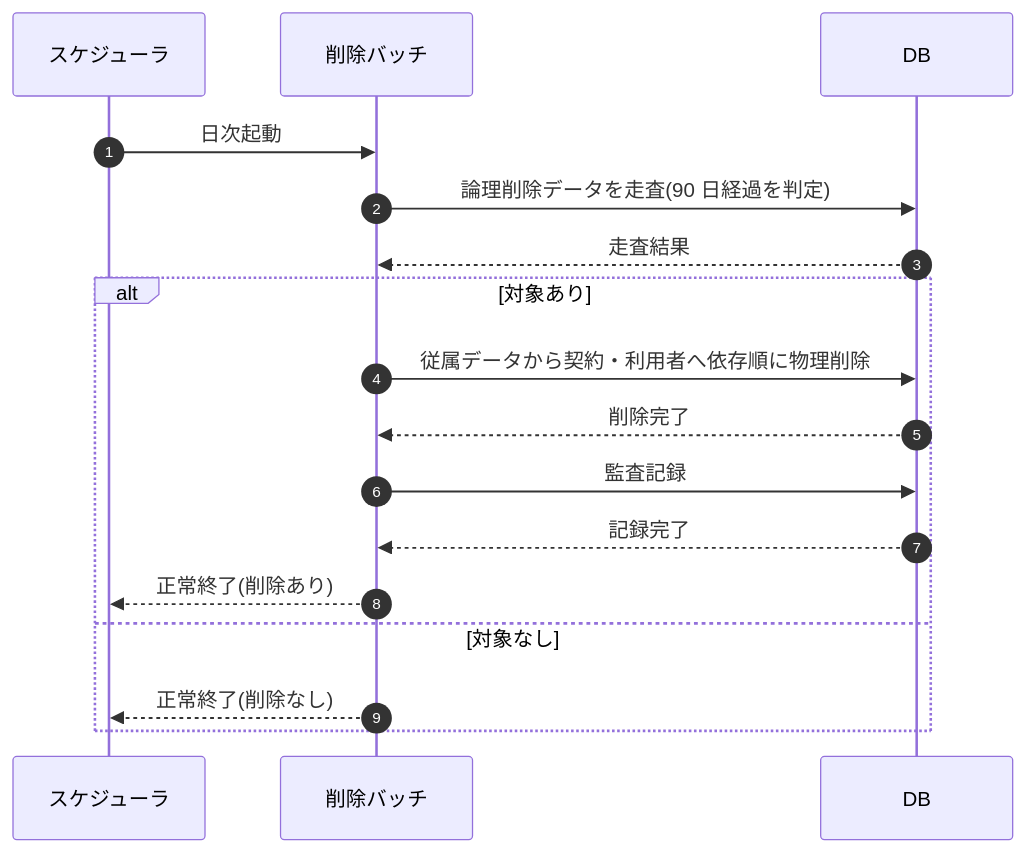
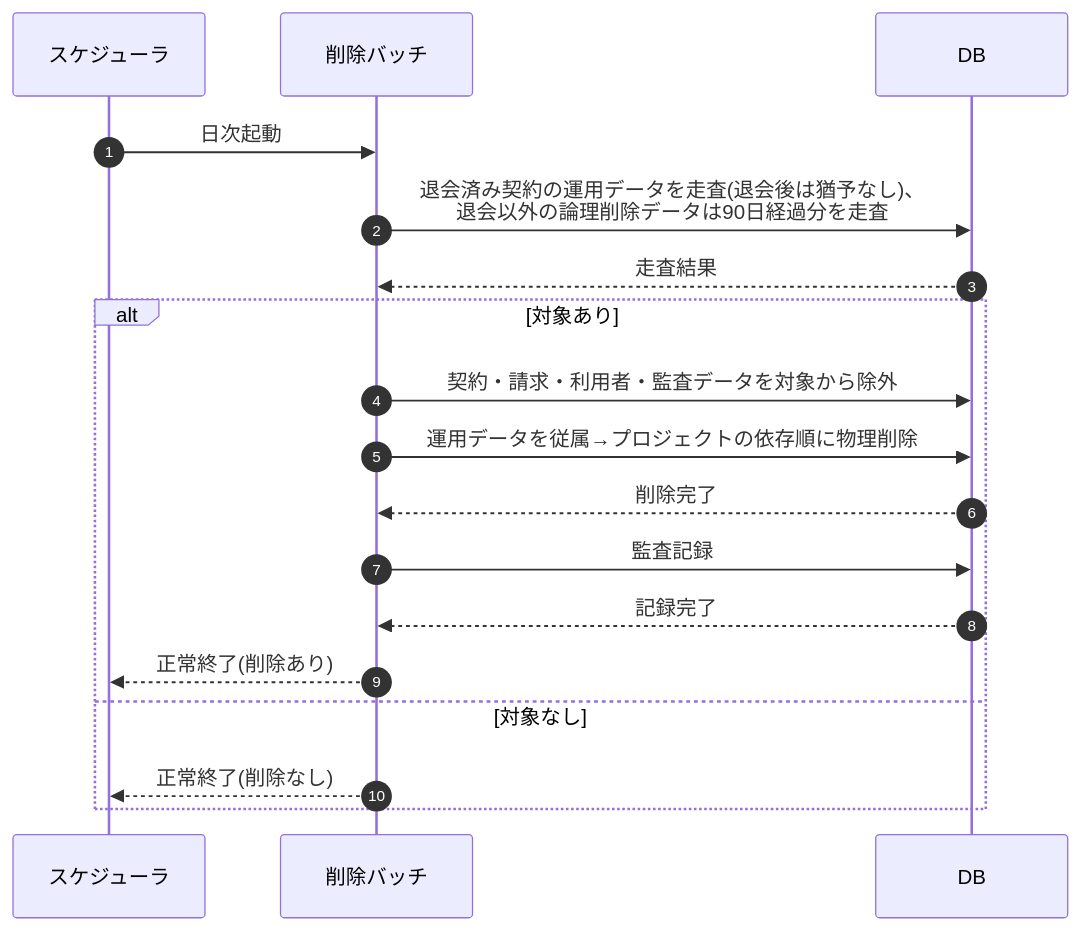
The diagram in 02_basic_design/03_sequences/SEQ-092.md (sikakou54/open-faq), drawn with Mermaid before and after one commit. The commit also changed other lines of this file and 81 other files, not shown here.

````diff
--- a/02_basic_design/03_sequences/SEQ-092.md
+++ b/02_basic_design/03_sequences/SEQ-092.md
@@ -24,19 +24,20 @@
 ```mermaid
 sequenceDiagram
   autonumber
   participant SCH as スケジューラ
   participant B as 削除バッチ
   participant DB as DB
   SCH->>B: 日次起動
-  B->>DB: 論理削除データを走査(90 日経過を判定)
+  B->>DB: 退会済み契約の運用データを走査(退会後は猶予なし)、<br/>退会以外の論理削除データは90日経過分を走査
   DB-->>B: 走査結果
   alt 対象あり
-    B->>DB: 従属データから契約・利用者へ依存順に物理削除
+    B->>DB: 契約・請求・利用者・監査データを対象から除外
+    B->>DB: 運用データを従属→プロジェクトの依存順に物理削除
     DB-->>B: 削除完了
     B->>DB: 監査記録
     DB-->>B: 記録完了
     B-->>SCH: 正常終了(削除あり)
   else 対象なし
     B-->>SCH: 正常終了(削除なし)
   end
 ```
````
